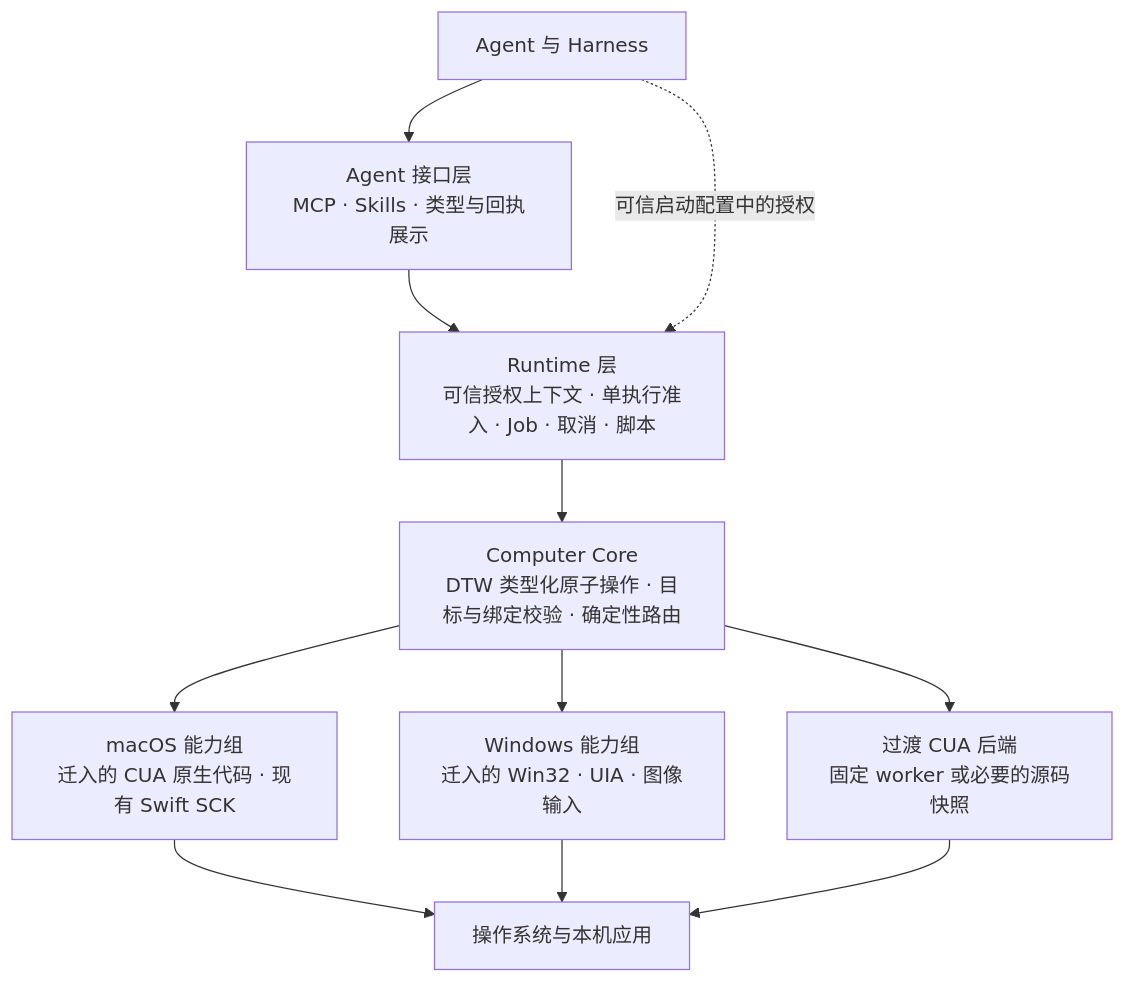
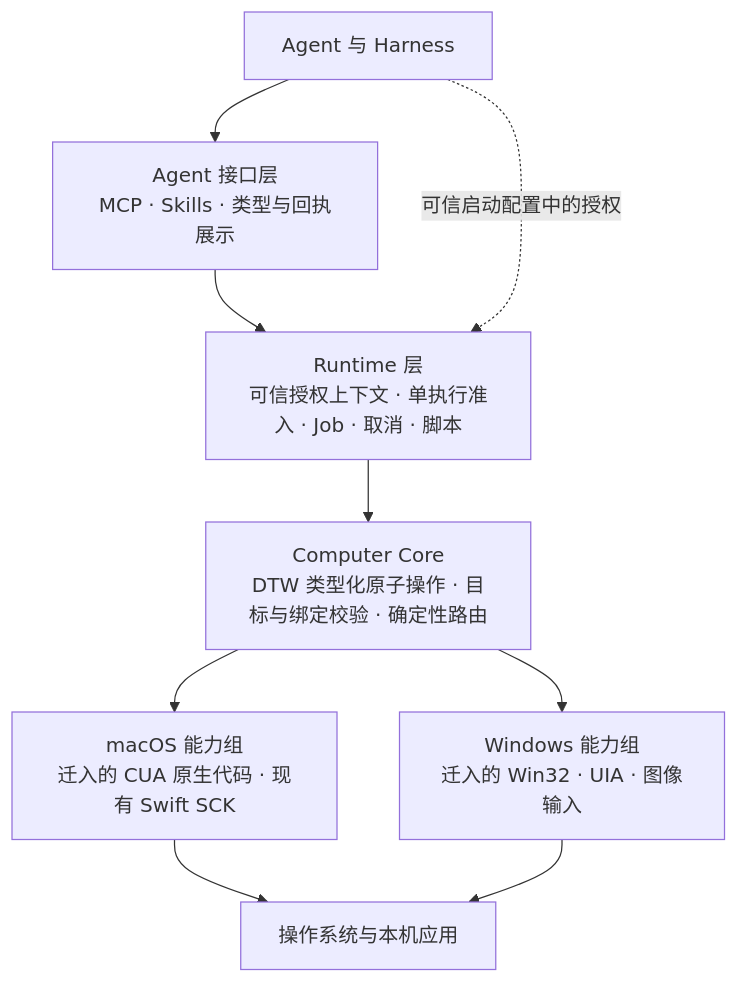
One commit to caelis-labs/desktop-world changed the diagram in docs/next-architecture-baseline.md. Above: the diagram before and after it, drawn with Mermaid. The commit also changed other lines of this file and 12 other files, not shown here.

````diff
--- a/docs/next-architecture-baseline.md
+++ b/docs/next-architecture-baseline.md
@@ -40,13 +42,11 @@
 ```mermaid
 flowchart TB
     H["Agent 与 Harness"] --> A["Agent 接口层\nMCP · Skills · 类型与回执展示"]
     A --> R["Runtime 层\n可信授权上下文 · 单执行准入 · Job · 取消 · 脚本"]
     R --> C["Computer Core\nDTW 类型化原子操作 · 目标与绑定校验 · 确定性路由"]
     C --> M["macOS 能力组\n迁入的 CUA 原生代码 · 现有 Swift SCK"]
     C --> W["Windows 能力组\n迁入的 Win32 · UIA · 图像输入"]
-    C --> L["过渡 CUA 后端\n固定 worker 或必要的源码快照"]
     M --> O["操作系统与本机应用"]
     W --> O
-    L --> O
     H -. "可信启动配置中的授权" .-> R
 ```
````
